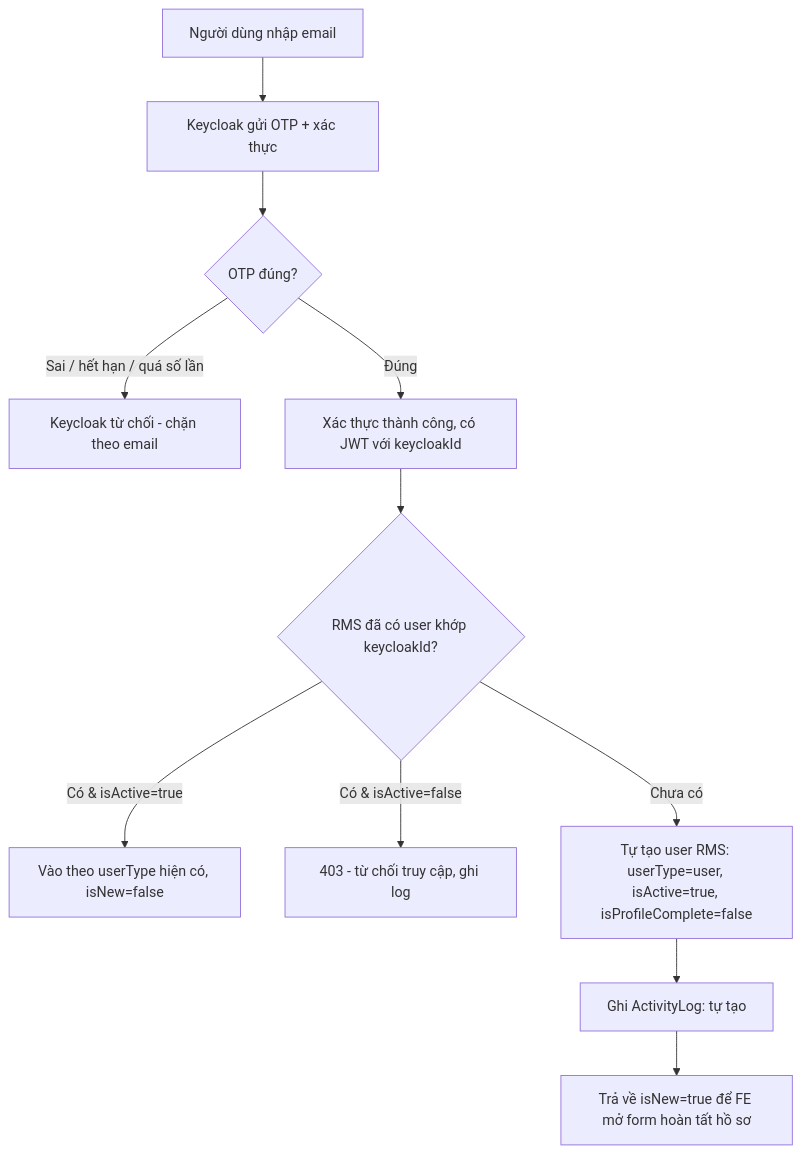
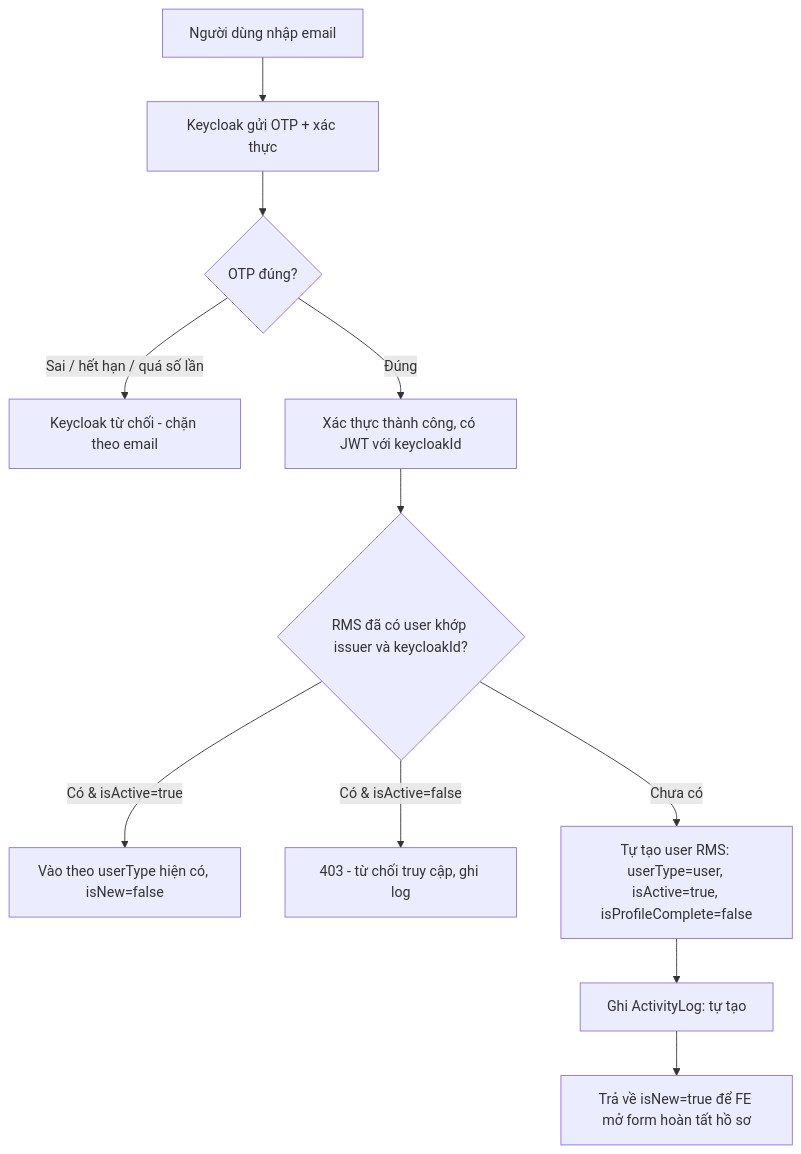
Before and after one commit to PTZero2026/rms-docs: the second of 4 diagrams in docs/features/B03-quan-ly-nguoi-dung/spec.md, drawn with Mermaid. The commit also changed other lines of this file and 851 other files, not shown here.

````diff
--- a/docs/features/B03-quan-ly-nguoi-dung/spec.md
+++ b/docs/features/B03-quan-ly-nguoi-dung/spec.md
@@ -87,13 +87,13 @@
 ```mermaid
 flowchart TD
     A[Người dùng nhập email] --> B[Keycloak gửi OTP + xác thực]
     B --> V{OTP đúng?}
     V -->|Sai / hết hạn / quá số lần| X[Keycloak từ chối - chặn theo email]
     V -->|Đúng| K[Xác thực thành công, có JWT với keycloakId]
-    K --> C{RMS đã có user khớp keycloakId?}
+    K --> C{RMS đã có user khớp issuer và keycloakId?}
     C -->|Có & isActive=true| H[Vào theo userType hiện có, isNew=false]
     C -->|Có & isActive=false| L[403 - từ chối truy cập, ghi log]
     C -->|Chưa có| F[Tự tạo user RMS: userType=user, isActive=true, isProfileComplete=false]
     F --> G[Ghi ActivityLog: tự tạo]
     G --> H2[Trả về isNew=true để FE mở form hoàn tất hồ sơ]
 ```
````
